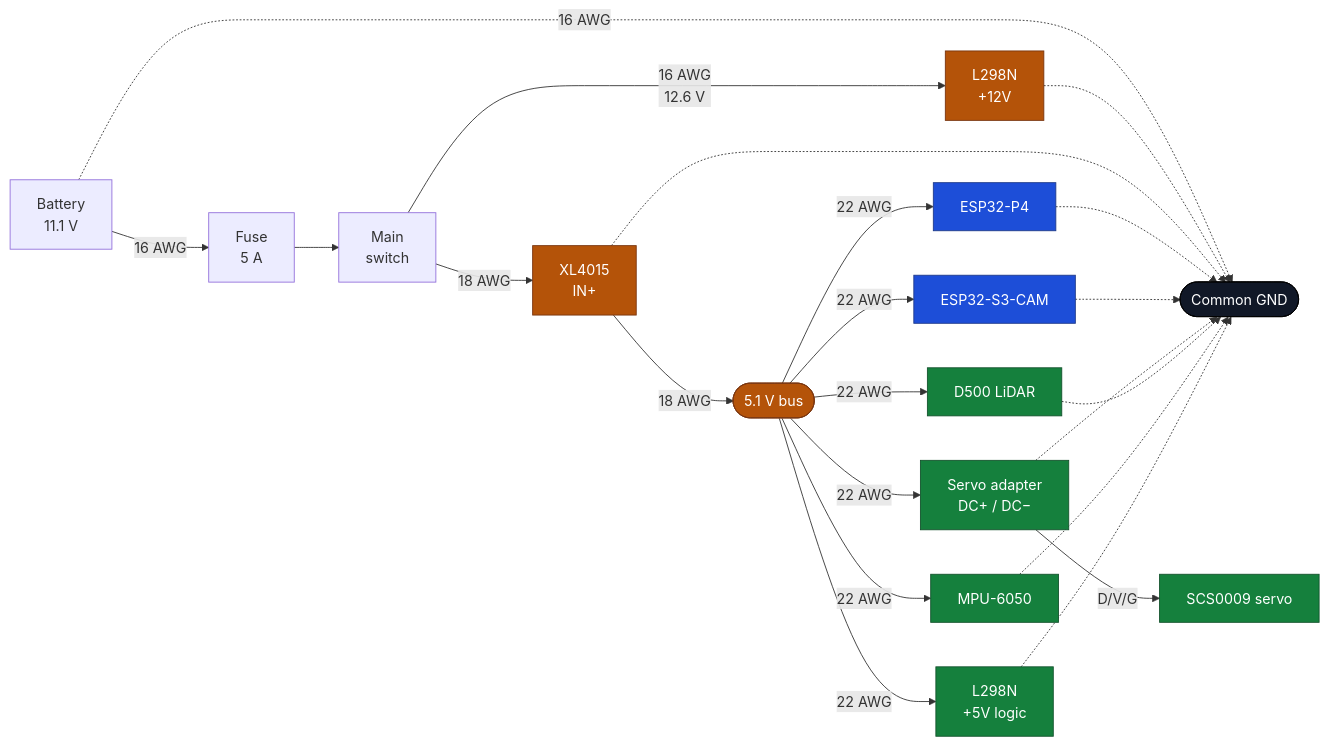
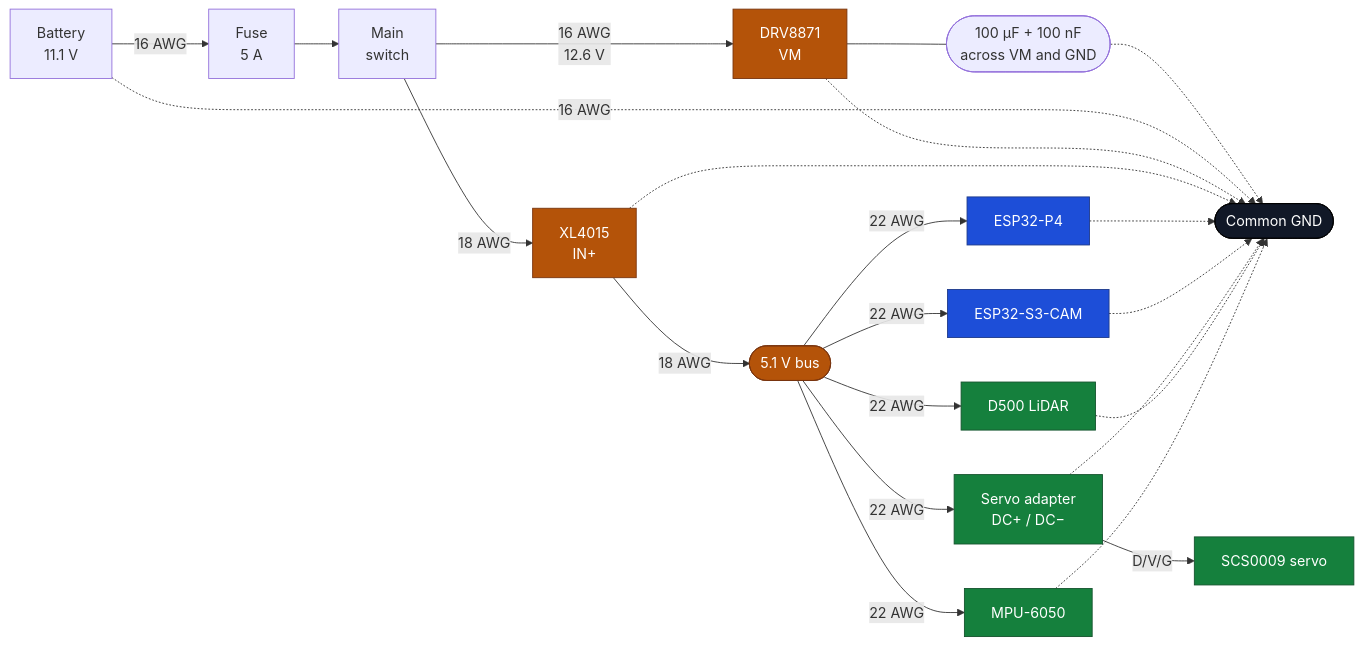
One commit to Eddym06/AutoNex changed the second of 5 diagrams in docs/ELECTRONICS.md. Above: the diagram before and after it, drawn with Mermaid. The commit also changed other lines of this file, not shown here.

Commit message:
actualizacion del driver a DRV8871

````diff
--- a/docs/ELECTRONICS.md
+++ b/docs/ELECTRONICS.md
@@ -156,35 +163,35 @@
 ```mermaid
 flowchart LR
     BAT["Battery<br/>11.1 V"] -->|"16 AWG"| FUS["Fuse<br/>5 A"]
     FUS --> SW["Main<br/>switch"]
-    SW -->|"16 AWG<br/>12.6 V"| L298["L298N<br/>+12V"]
+    SW -->|"16 AWG<br/>12.6 V"| DRV["DRV8871<br/>VM"]
+    DRV --- CAP(["100 µF + 100 nF<br/>across VM and GND"])
+    CAP -.-> GND
     SW -->|"18 AWG"| BUCK["XL4015<br/>IN+"]
 
     BUCK -->|"18 AWG"| BUS(["5.1 V bus"])
     BUS -->|"22 AWG"| P4["ESP32-P4"]
     BUS -->|"22 AWG"| S3CAM["ESP32-S3-CAM"]
     BUS -->|"22 AWG"| ADP["Servo adapter<br/>DC+ / DC−"]
     ADP -->|"D/V/G"| SRV["SCS0009 servo"]
     BUS -->|"22 AWG"| LID["D500 LiDAR"]
     BUS -->|"22 AWG"| IMU["MPU-6050"]
-    BUS -->|"22 AWG"| LOG["L298N<br/>+5V logic"]
 
     BAT -.->|"16 AWG"| GND(["Common GND"])
-    L298 -.-> GND
+    DRV -.-> GND
     BUCK -.-> GND
     P4 -.-> GND
     S3CAM -.-> GND
     ADP -.-> GND
     LID -.-> GND
     IMU -.-> GND
-    LOG -.-> GND
 
-    classDef power fill:#b45309,stroke:#78350f,color:#ffffff
-    classDef control fill:#1d4ed8,stroke:#1e3a8a,color:#ffffff
-    classDef load fill:#15803d,stroke:#14532d,color:#ffffff
-    classDef ground fill:#111827,stroke:#000000,color:#ffffff
-    class L298,BUCK,BUS power
-    class P4,S3CAM control
-    class SRV,LID,IMU,LOG,ADP load
-    class GND ground
+    classDef pot fill:#b45309,stroke:#78350f,color:#ffffff
+    classDef ctrl fill:#1d4ed8,stroke:#1e3a8a,color:#ffffff
+    classDef carga fill:#15803d,stroke:#14532d,color:#ffffff
+    classDef tierra fill:#111827,stroke:#000000,color:#ffffff
+    class DRV,BUCK,BUS pot
+    class P4,S3CAM ctrl
+    class SRV,LID,IMU,ADP carga
+    class GND tierra
 ```
````
